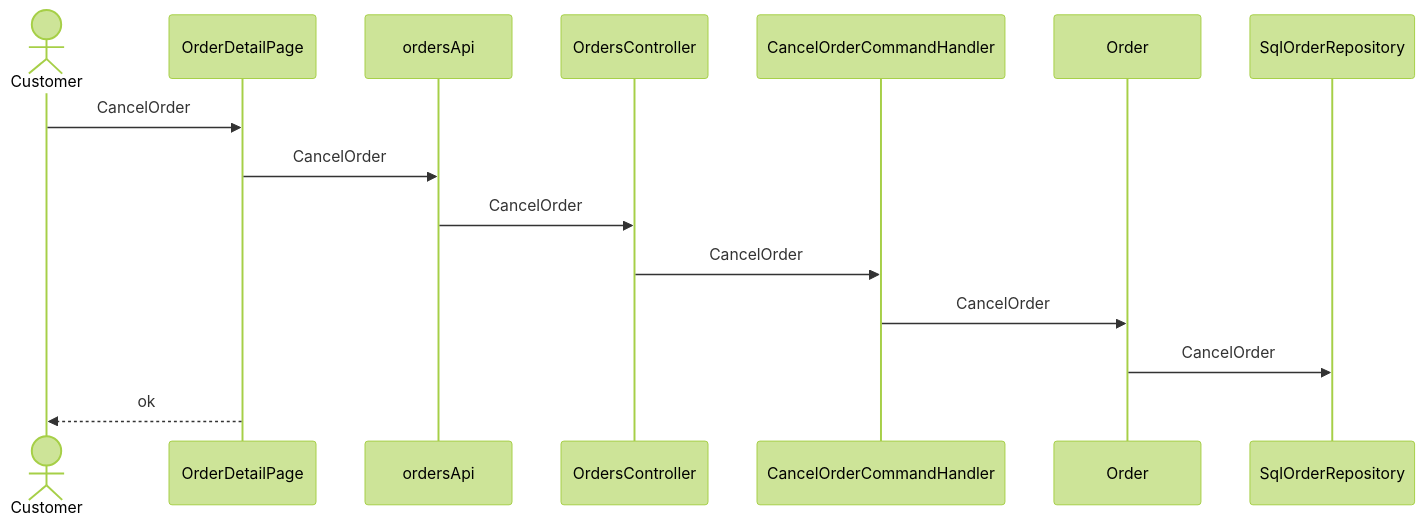
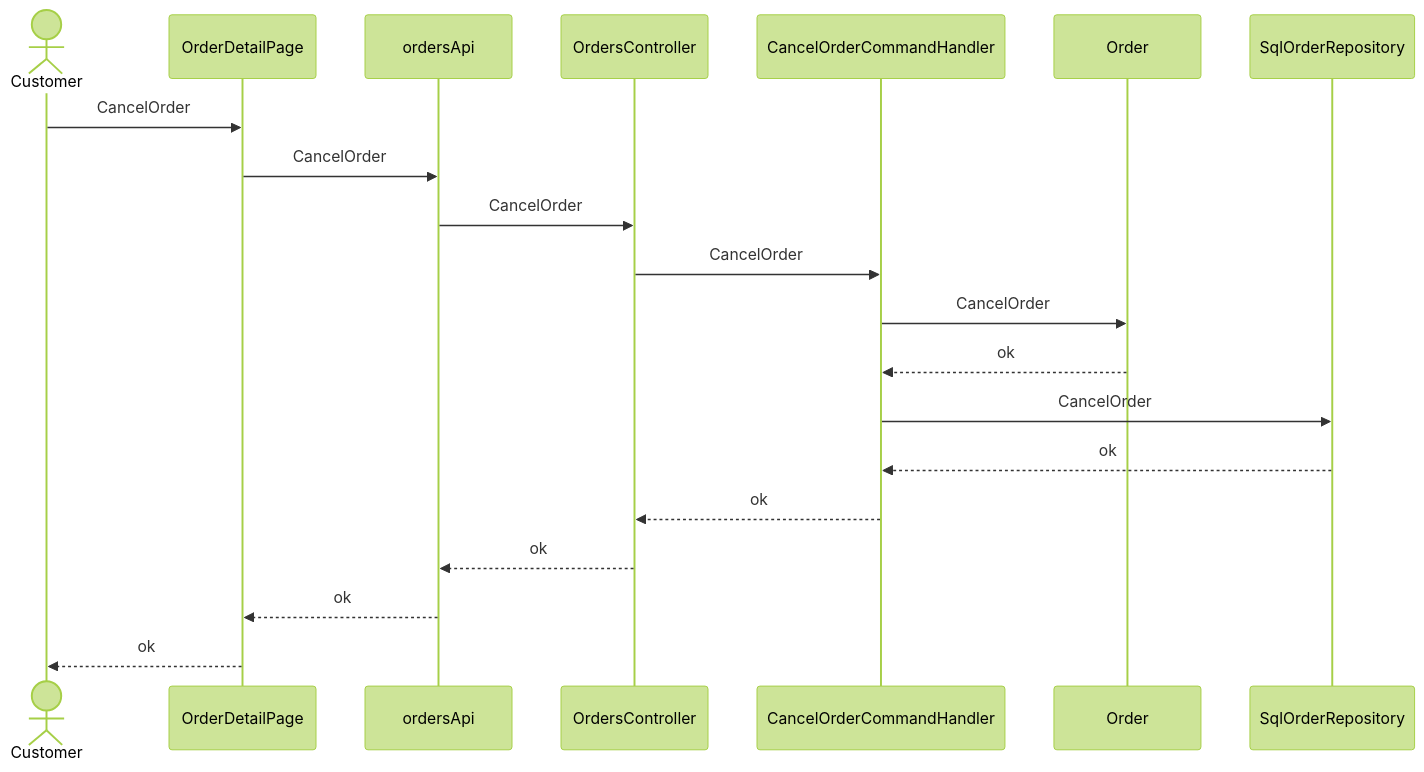
One commit to pin0513/AITools changed the fourth of 6 diagrams in skills/spec-dev-process/examples/matrix/fs-back-mixed-s1/specs/rd/order-cancel/spec/30-architecture-c4.md. Above: the diagram before and after it, drawn with Mermaid (forest theme). The commit also changed other lines of this file and 257 other files, not shown here.

````diff
--- a/skills/spec-dev-process/examples/matrix/fs-back-mixed-s1/specs/rd/order-cancel/spec/30-architecture-c4.md
+++ b/skills/spec-dev-process/examples/matrix/fs-back-mixed-s1/specs/rd/order-cancel/spec/30-architecture-c4.md
@@ -101,17 +101,22 @@
 ```mermaid
 sequenceDiagram
   actor U as Customer
   participant CMP001 as OrderDetailPage
   participant CMP002 as ordersApi
   participant CMP003 as OrdersController
   participant CMP004 as CancelOrderCommandHandler
   participant CMP007 as Order
   participant CMP008 as SqlOrderRepository
   U->>CMP001: CancelOrder
   CMP001->>CMP002: CancelOrder
   CMP002->>CMP003: CancelOrder
   CMP003->>CMP004: CancelOrder
   CMP004->>CMP007: CancelOrder
-  CMP007->>CMP008: CancelOrder
+  CMP007-->>CMP004: ok
+  CMP004->>CMP008: CancelOrder
+  CMP008-->>CMP004: ok
+  CMP004-->>CMP003: ok
+  CMP003-->>CMP002: ok
+  CMP002-->>CMP001: ok
   CMP001-->>U: ok
 ```
````
